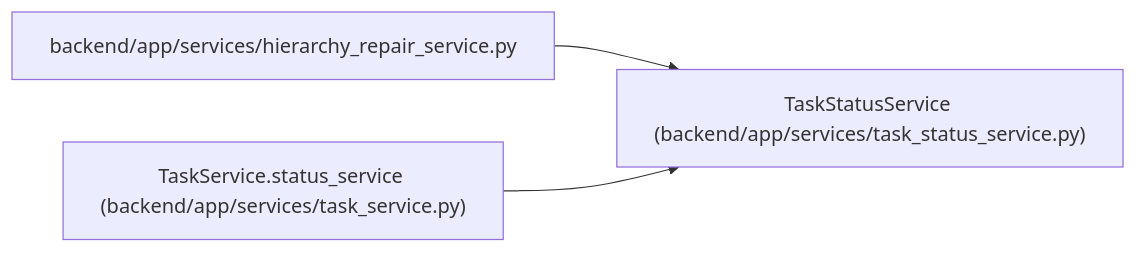
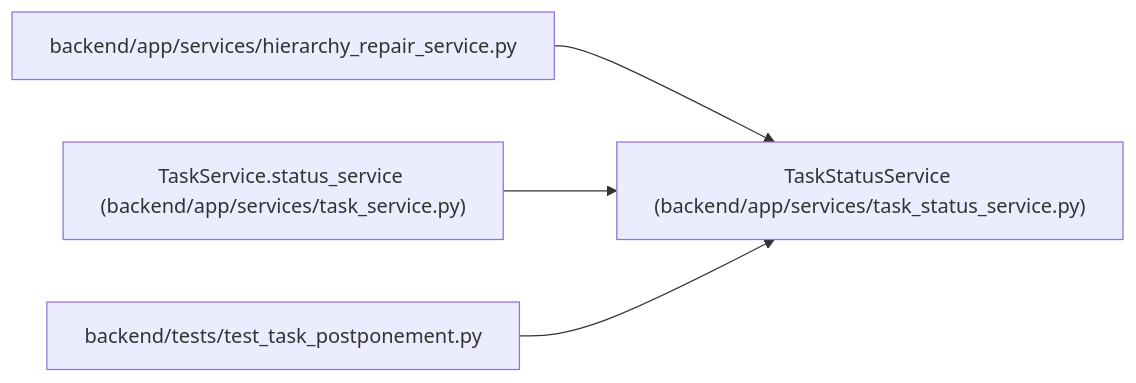
The diagram in docs/llm_wiki/entities/TaskStatusService.md (Denissvgn/WorkChord), drawn with Mermaid before and after one commit. The commit also changed other lines of this file and 732 other files, not shown here.

Commit message:
Sync the architectural wiki for the postponed task status

````diff
--- a/docs/llm_wiki/entities/TaskStatusService.md
+++ b/docs/llm_wiki/entities/TaskStatusService.md
@@ -37,11 +38,14 @@
 ```mermaid
 flowchart LR
     n0["TaskStatusService (backend/app/services/task_status_service.py)"]
     n1["backend/app/services/hierarchy_repair_service.py"]
     n2["TaskService.status_service (backend/app/services/task_service.py)"]
+    n3["backend/tests/test_task_postponement.py"]
     n1 --> n0
     n2 --> n0
+    n3 --> n0
     click n0 "../modules/task_status_service.md"
     click n1 "../modules/hierarchy_repair_service.md"
     click n2 "../modules/task_service.md"
+    click n3 "../modules/test_task_postponement.md"
 ```
````
